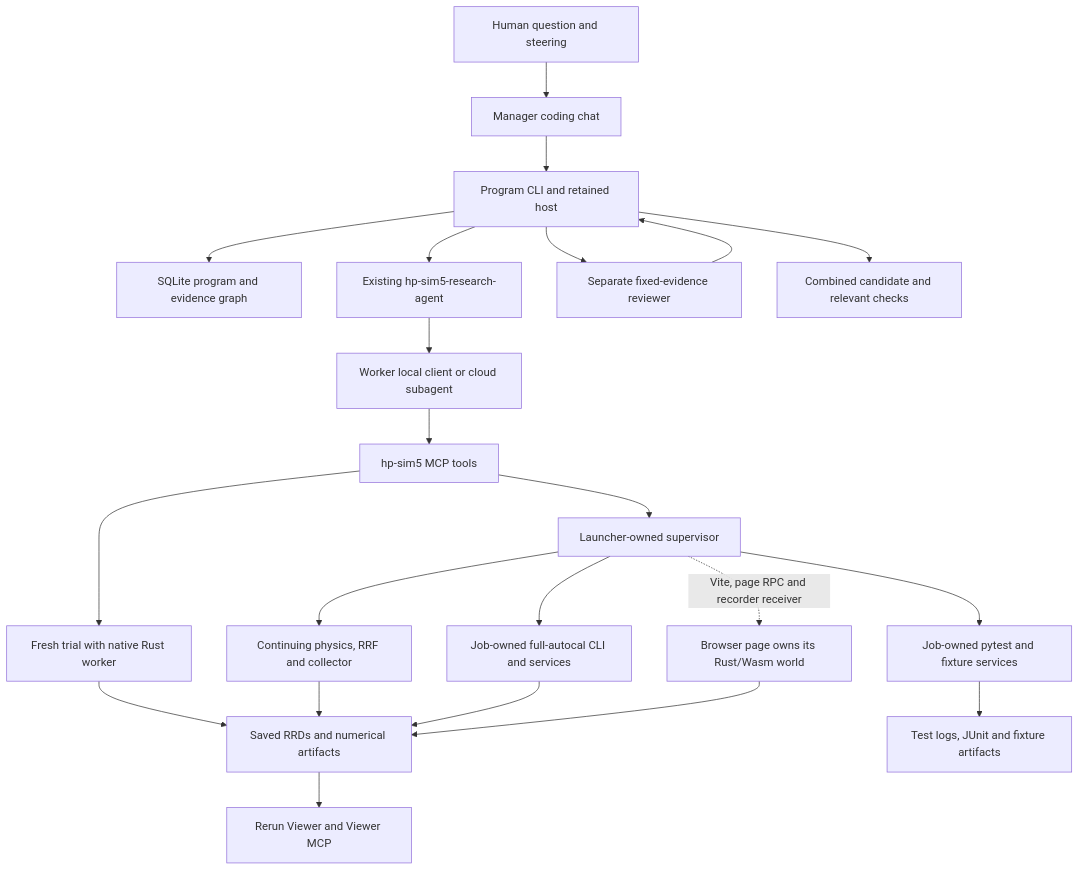
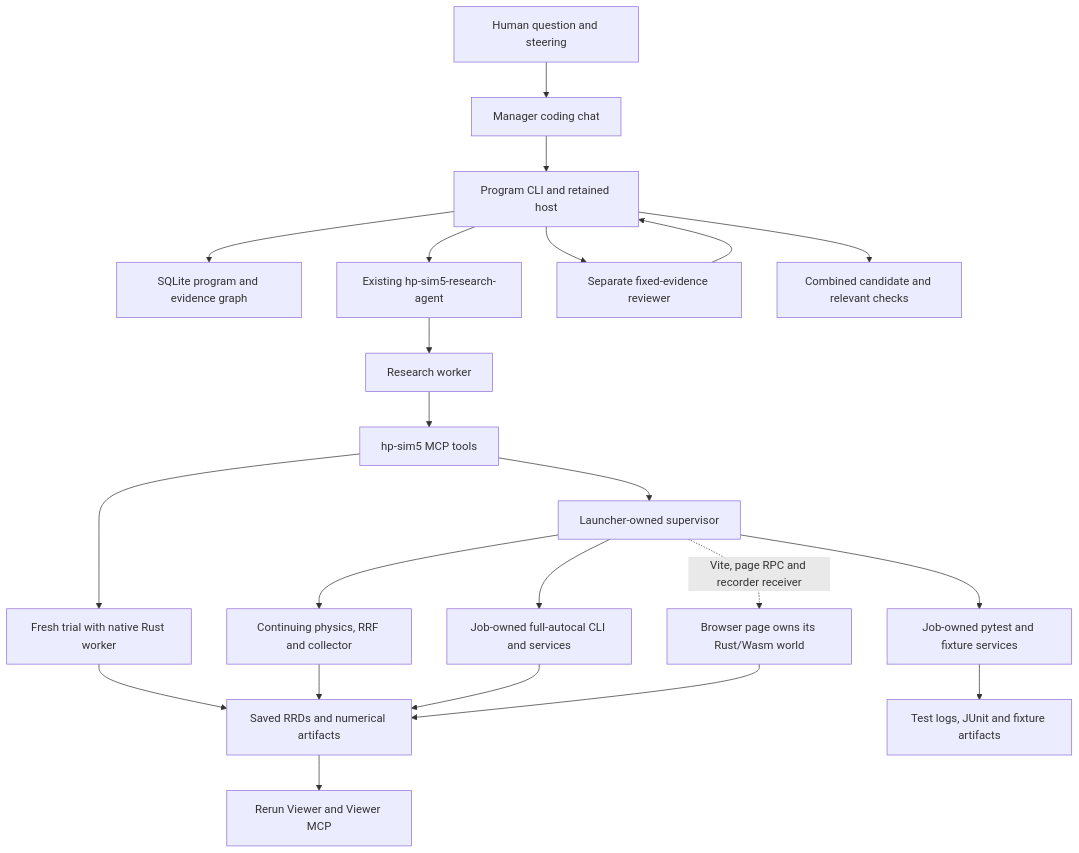
One commit to tobbelobb/hp-sim5 changed the diagram in research/architecture.md. Above: the diagram before and after it, drawn with Mermaid. The commit also changed other lines of this file and 196 other files, not shown here.

````diff
--- a/research/architecture.md
+++ b/research/architecture.md
@@ -28,24 +20,24 @@
 ```mermaid
 flowchart TD
     human[Human question and steering] --> manager[Manager coding chat]
     manager --> controller[Program CLI and retained host]
     controller --> memory[SQLite program and evidence graph]
     controller --> launcher[Existing hp-sim5-research-agent]
-    launcher --> chat[Worker local client or cloud subagent]
+    launcher --> chat[Research worker]
     controller --> review[Separate fixed-evidence reviewer]
     review --> controller
     controller --> integration[Combined candidate and relevant checks]
     chat --> tools[hp-sim5 MCP tools]
     tools --> fresh[Fresh trial with native Rust worker]
     tools --> supervisor[Launcher-owned supervisor]
     supervisor --> continuing[Continuing physics, RRF and collector]
     supervisor --> autocal[Job-owned full-autocal CLI and services]
     supervisor --> tests[Job-owned pytest and fixture services]
     supervisor -. Vite, page RPC and recorder receiver .-> browser[Browser page owns its Rust/Wasm world]
     fresh --> rrd[Saved RRDs and numerical artifacts]
     continuing --> rrd
     autocal --> rrd
     browser --> rrd
     tests --> logs[Test logs, JUnit and fixture artifacts]
     rrd --> viewer[Rerun Viewer and Viewer MCP]
 ```
````
